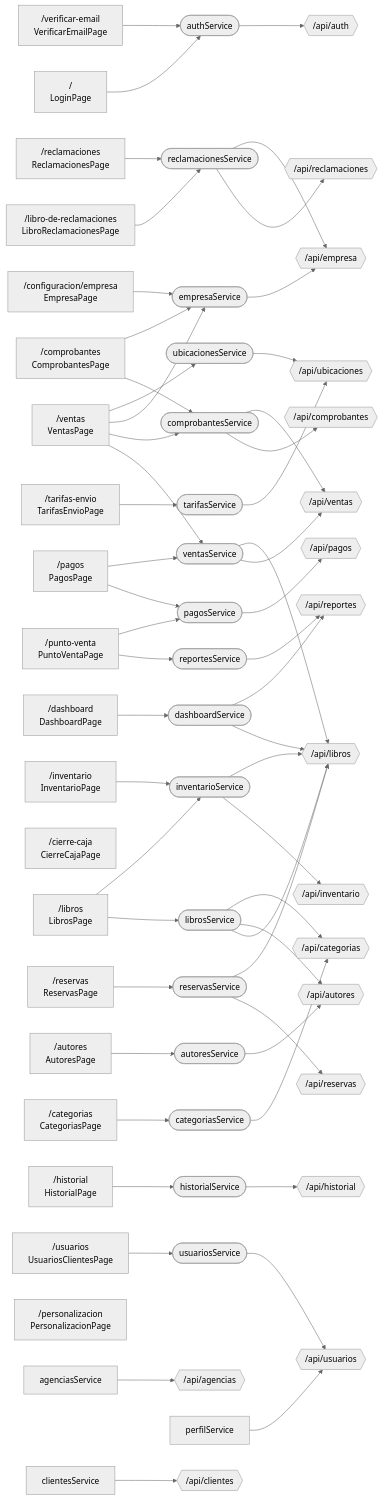
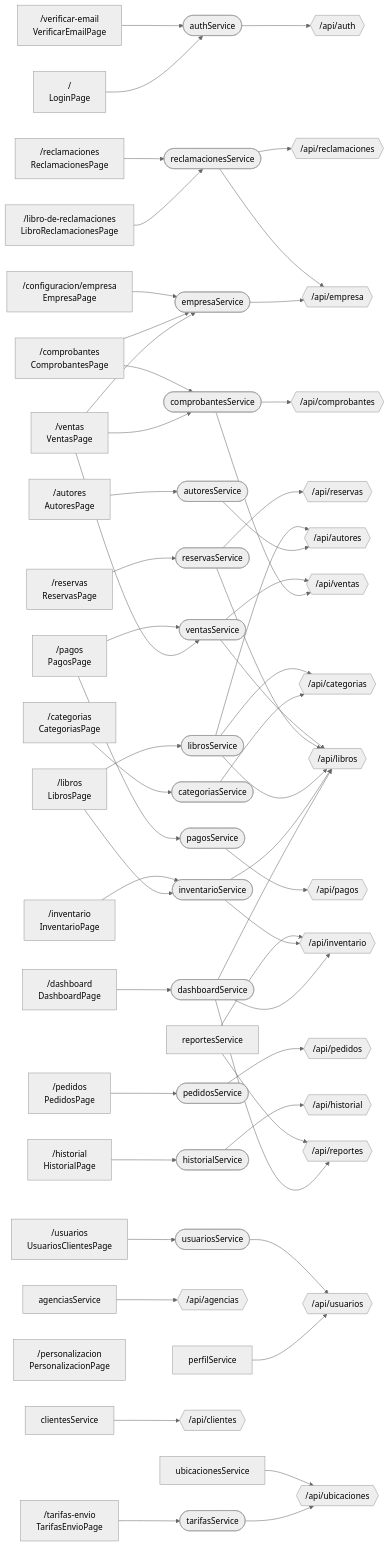
One commit to jimenezvegaedinson7-dot/librer-a changed the diagram in docs/architecture/graphs/frontend.mmd. Above: the diagram before and after it, drawn with Mermaid (neutral theme). The commit also changed 88 other files, not shown here.

First line of the commit message:
feat(ventas): panel 100% ecommerce, modulo de pedidos y logistica de entrega

```diff
--- a/docs/architecture/graphs/frontend.mmd
+++ b/docs/architecture/graphs/frontend.mmd
@@ -1,75 +1,75 @@
-%% Generado 2026-09-26 desde el código real (actualizar-mapa.mjs)
+%% Generado 2026-09-30 desde el código real (actualizar-mapa.mjs)
 flowchart LR
     LoginPage["/<br/>LoginPage"]
     LoginPage --> authService(["authService"])
     VerificarEmailPage["/verificar-email<br/>VerificarEmailPage"]
     VerificarEmailPage --> authService(["authService"])
     LibroReclamacionesPage["/libro-de-reclamaciones<br/>LibroReclamacionesPage"]
     LibroReclamacionesPage --> reclamacionesService(["reclamacionesService"])
-    PuntoVentaPage["/punto-venta<br/>PuntoVentaPage"]
-    PuntoVentaPage --> reportesService(["reportesService"])
-    PuntoVentaPage --> pagosService(["pagosService"])
     DashboardPage["/dashboard<br/>DashboardPage"]
     DashboardPage --> dashboardService(["dashboardService"])
     LibrosPage["/libros<br/>LibrosPage"]
     LibrosPage --> librosService(["librosService"])
     LibrosPage --> inventarioService(["inventarioService"])
     AutoresPage["/autores<br/>AutoresPage"]
     AutoresPage --> autoresService(["autoresService"])
     CategoriasPage["/categorias<br/>CategoriasPage"]
     CategoriasPage --> categoriasService(["categoriasService"])
     InventarioPage["/inventario<br/>InventarioPage"]
     InventarioPage --> inventarioService(["inventarioService"])
     ReservasPage["/reservas<br/>ReservasPage"]
     ReservasPage --> reservasService(["reservasService"])
+    PedidosPage["/pedidos<br/>PedidosPage"]
+    PedidosPage --> pedidosService(["pedidosService"])
     VentasPage["/ventas<br/>VentasPage"]
     VentasPage --> ventasService(["ventasService"])
     VentasPage --> comprobantesService(["comprobantesService"])
     VentasPage --> empresaService(["empresaService"])
-    VentasPage --> ubicacionesService(["ubicacionesService"])
     ComprobantesPage["/comprobantes<br/>ComprobantesPage"]
     ComprobantesPage --> comprobantesService(["comprobantesService"])
     ComprobantesPage --> empresaService(["empresaService"])
-    CierreCajaPage["/cierre-caja<br/>CierreCajaPage"]
     PagosPage["/pagos<br/>PagosPage"]
     PagosPage --> pagosService(["pagosService"])
     PagosPage --> ventasService(["ventasService"])
     UsuariosClientesPage["/usuarios<br/>UsuariosClientesPage"]
     UsuariosClientesPage --> usuariosService(["usuariosService"])
     ReclamacionesPage["/reclamaciones<br/>ReclamacionesPage"]
     ReclamacionesPage --> reclamacionesService(["reclamacionesService"])
     TarifasEnvioPage["/tarifas-envio<br/>TarifasEnvioPage"]
     TarifasEnvioPage --> tarifasService(["tarifasService"])
     HistorialPage["/historial<br/>HistorialPage"]
     HistorialPage --> historialService(["historialService"])
     EmpresaPage["/configuracion/empresa<br/>EmpresaPage"]
     EmpresaPage --> empresaService(["empresaService"])
     PersonalizacionPage["/personalizacion<br/>PersonalizacionPage"]
     agenciasService --> _api_agencias{{"/api/agencias"}}
     authService --> _api_auth{{"/api/auth"}}
     perfilService --> _api_usuarios{{"/api/usuarios"}}
     autoresService --> _api_autores{{"/api/autores"}}
     categoriasService --> _api_categorias{{"/api/categorias"}}
     clientesService --> _api_clientes{{"/api/clientes"}}
     comprobantesService --> _api_comprobantes{{"/api/comprobantes"}}
     comprobantesService --> _api_ventas{{"/api/ventas"}}
     empresaService --> _api_empresa{{"/api/empresa"}}
     dashboardService --> _api_libros{{"/api/libros"}}
     dashboardService --> _api_reportes{{"/api/reportes"}}
+    dashboardService --> _api_inventario{{"/api/inventario"}}
     historialService --> _api_historial{{"/api/historial"}}
     inventarioService --> _api_inventario{{"/api/inventario"}}
     inventarioService --> _api_libros{{"/api/libros"}}
     librosService --> _api_libros{{"/api/libros"}}
     librosService --> _api_autores{{"/api/autores"}}
     librosService --> _api_categorias{{"/api/categorias"}}
     pagosService --> _api_pagos{{"/api/pagos"}}
+    pedidosService --> _api_pedidos{{"/api/pedidos"}}
     reclamacionesService --> _api_reclamaciones{{"/api/reclamaciones"}}
     reclamacionesService --> _api_empresa{{"/api/empresa"}}
     reportesService --> _api_reportes{{"/api/reportes"}}
+    reportesService --> _api_inventario{{"/api/inventario"}}
     reservasService --> _api_reservas{{"/api/reservas"}}
     reservasService --> _api_libros{{"/api/libros"}}
     tarifasService --> _api_ubicaciones{{"/api/ubicaciones"}}
     usuariosService --> _api_usuarios{{"/api/usuarios"}}
     ubicacionesService --> _api_ubicaciones{{"/api/ubicaciones"}}
     ventasService --> _api_ventas{{"/api/ventas"}}
     ventasService --> _api_libros{{"/api/libros"}}
```
